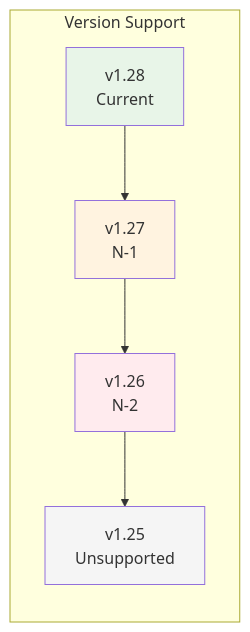
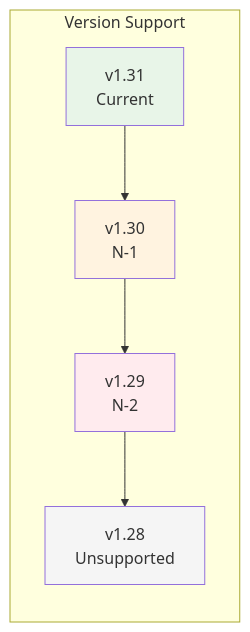
The second of 5 diagrams in theory/week_03/day4/session_3.md (niceguy61/kdt_devops_lecture_2025), drawn with Mermaid before and after one commit. The commit also changed other lines of this file and 14 other files, not shown here.

````diff
--- a/theory/week_03/day4/session_3.md
+++ b/theory/week_03/day4/session_3.md
@@ -53,18 +53,18 @@
 ```mermaid
 graph LR
     subgraph "Version Support"
-        A[v1.28<br/>Current]
-        B[v1.27<br/>N-1]
-        C[v1.26<br/>N-2]
-        D[v1.25<br/>Unsupported]
+        A[v1.31<br/>Current]
+        B[v1.30<br/>N-1]
+        C[v1.29<br/>N-2]
+        D[v1.28<br/>Unsupported]
     end
     
     A --> B
     B --> C
     C --> D
     
     style A fill:#e8f5e8
     style B fill:#fff3e0
     style C fill:#ffebee
     style D fill:#f5f5f5
 ```
````
